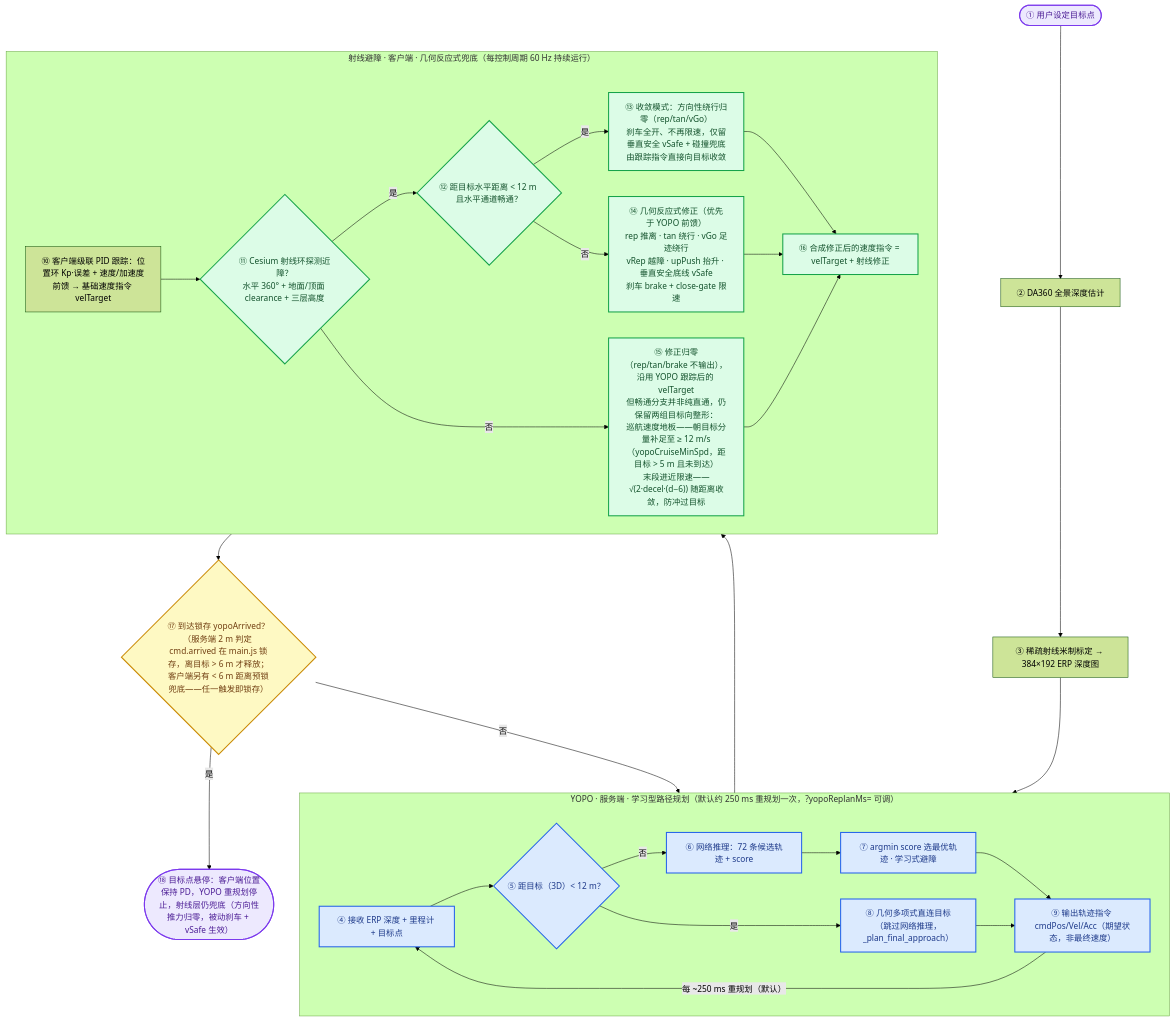
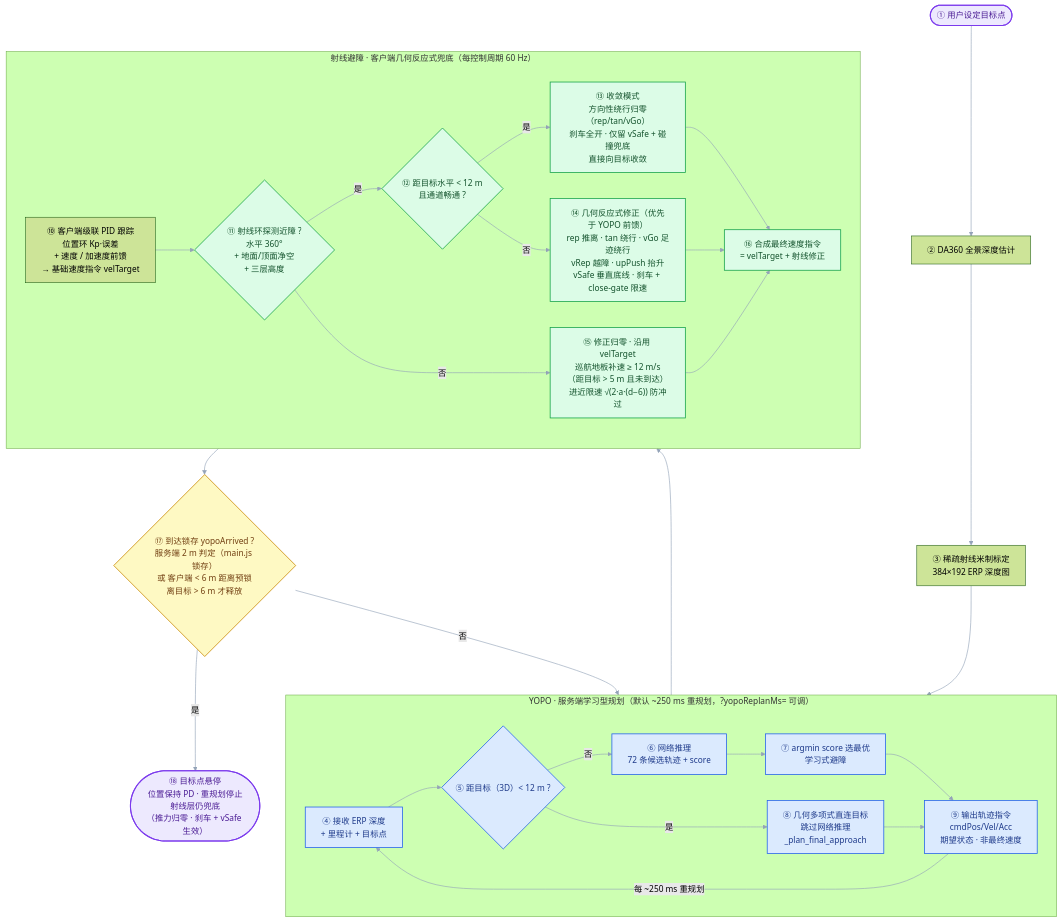
Before and after one commit to wuuwuu26/MindCloud_World_Fly_Private: the diagram in README.md, drawn with Mermaid (forest theme). The commit also changed 1 other file, not shown here.

Commit message:
docs: 流程图美化——长文本分行防溢出，精简标签，柔化连线

````diff
--- a/README.md
+++ b/README.md
@@ -69,45 +69,45 @@
 ```mermaid
 flowchart TD
-    classDef yopo fill:#dbeafe,stroke:#2563eb,stroke-width:2px,color:#1e3a8a;
-    classDef ray fill:#dcfce7,stroke:#16a34a,stroke-width:2px,color:#14532d;
-    classDef dec fill:#fef9c3,stroke:#ca8a04,stroke-width:2px,color:#713f12;
+    classDef yopo fill:#dbeafe,stroke:#2563eb,stroke-width:1.5px,color:#1e3a8a;
+    classDef ray fill:#dcfce7,stroke:#16a34a,stroke-width:1.5px,color:#14532d;
+    classDef dec fill:#fef9c3,stroke:#ca8a04,stroke-width:1.5px,color:#713f12;
     classDef term fill:#ede9fe,stroke:#7c3aed,stroke-width:2px,color:#4c1d95;
+    linkStyle default stroke:#94a3b8,stroke-width:1.2px;
 
     Start([① 用户设定目标点]) --> Depth[② DA360 全景深度估计]
-    Depth --> Calib[③ 稀疏射线米制标定 → 384×192 ERP 深度图]
+    Depth --> Calib[③ 稀疏射线米制标定<br/>384×192 ERP 深度图]
     Calib --> YIN
 
-    subgraph YOPO["YOPO · 服务端 · 学习型路径规划（默认约 250 ms 重规划一次，?yopoReplanMs= 可调）"]
+    subgraph YOPO["YOPO · 服务端学习型规划（默认 ~250 ms 重规划，?yopoReplanMs= 可调）"]
         direction LR
-        YIN[④ 接收 ERP 深度 + 里程计 + 目标点]
-        YIN --> Dist{⑤ 距目标（3D）< 12 m？}
-        Dist -->|否| Cands[⑥ 网络推理：72 条候选轨迹 + score]
-        Cands --> Argmin[⑦ argmin score 选最优轨迹 · 学习式避障]
-        Dist -->|是| Poly[⑧ 几何多项式直连目标<br/>（跳过网络推理，_plan_final_approach）]
-        Argmin --> Cmd[⑨ 输出轨迹指令 cmdPos/Vel/Acc（期望状态，非最终速度）]
+        YIN[④ 接收 ERP 深度<br/>+ 里程计 + 目标点] --> Dist{"⑤ 距目标（3D）< 12 m ?"}
+        Dist -->|否| Cands[⑥ 网络推理<br/>72 条候选轨迹 + score]
+        Cands --> Argmin[⑦ argmin score 选最优<br/>学习式避障]
+        Dist -->|是| Poly["⑧ 几何多项式直连目标<br/>跳过网络推理<br/>_plan_final_approach"]
+        Argmin --> Cmd["⑨ 输出轨迹指令<br/>cmdPos/Vel/Acc<br/>期望状态 · 非最终速度"]
         Poly --> Cmd
-        Cmd -->|每 ~250 ms 重规划（默认）| YIN
+        Cmd -->|每 ~250 ms 重规划| YIN
     end
     class YIN,Dist,Cands,Argmin,Poly,Cmd yopo;
 
-    Cmd --> Track[⑩ 客户端级联 PID 跟踪：位置环 Kp·误差 + 速度/加速度前馈 → 基础速度指令 velTarget]
+    Cmd --> Track["⑩ 客户端级联 PID 跟踪<br/>位置环 Kp·误差<br/>+ 速度 / 加速度前馈<br/>→ 基础速度指令 velTarget"]
 
-    subgraph RAY["射线避障 · 客户端 · 几何反应式兜底（每控制周期 60 Hz 持续运行）"]
+    subgraph RAY["射线避障 · 客户端几何反应式兜底（每控制周期 60 Hz）"]
         direction LR
-        Track --> Probe{"⑪ Cesium 射线环探测近障？<br/>水平 360° + 地面/顶面 clearance + 三层高度"}
-        Probe -->|是| Near{⑫ 距目标水平距离 < 12 m 且水平通道畅通？}
-        Near -->|是| Converge["⑬ 收敛模式：方向性绕行归零（rep/tan/vGo）<br/>刹车全开、不再限速，仅留垂直安全 vSafe + 碰撞兜底<br/>由跟踪指令直接向目标收敛"]
-        Near -->|否| Field["⑭ 几何反应式修正（优先于 YOPO 前馈）<br/>rep 推离 · tan 绕行 · vGo 足迹绕行<br/>vRep 越障 · upPush 抬升 · 垂直安全底线 vSafe<br/>刹车 brake + close-gate 限速"]
-        Probe -->|否| Zero["⑮ 修正归零（rep/tan/brake 不输出），沿用 YOPO 跟踪后的 velTarget<br/>但畅通分支并非纯直通，仍保留两组目标向整形：<br/>巡航速度地板——朝目标分量补足至 ≥ 12 m/s（yopoCruiseMinSpd，距目标 > 5 m 且未到达）<br/>末段进近限速——√(2·decel·(d−6)) 随距离收敛，防冲过目标"]
-        Converge --> Synth[⑯ 合成修正后的速度指令 = velTarget + 射线修正]
+        Track --> Probe{"⑪ 射线环探测近障 ?<br/>水平 360°<br/>+ 地面/顶面净空<br/>+ 三层高度"}
+        Probe -->|是| Near{"⑫ 距目标水平 < 12 m<br/>且通道畅通 ?"}
+        Probe -->|否| Zero["⑮ 修正归零 · 沿用 velTarget<br/>巡航地板补速 ≥ 12 m/s<br/>（距目标 > 5 m 且未到达）<br/>进近限速 √(2·a·(d−6)) 防冲过"]
+        Near -->|是| Converge["⑬ 收敛模式<br/>方向性绕行归零（rep/tan/vGo）<br/>刹车全开 · 仅留 vSafe + 碰撞兜底<br/>直接向目标收敛"]
+        Near -->|否| Field["⑭ 几何反应式修正（优先于 YOPO 前馈）<br/>rep 推离 · tan 绕行 · vGo 足迹绕行<br/>vRep 越障 · upPush 抬升<br/>vSafe 垂直底线 · 刹车 + close-gate 限速"]
+        Converge --> Synth["⑯ 合成最终速度指令<br/>= velTarget + 射线修正"]
         Field --> Synth
         Zero --> Synth
     end
     class Probe,Near,Converge,Field,Zero,Synth ray;
 
-    Synth --> Arrive{"⑰ 到达锁存 yopoArrived？（服务端 2 m 判定 cmd.arrived 在 main.js 锁存，离目标 > 6 m 才释放；客户端另有 < 6 m 距离预锁兜底——任一触发即锁存）"}
+    Synth --> Arrive{"⑰ 到达锁存 yopoArrived ?<br/>服务端 2 m 判定（main.js 锁存）<br/>或 客户端 < 6 m 距离预锁<br/>离目标 > 6 m 才释放"}
     Arrive -->|否| YIN
-    Arrive -->|是| End([⑱ 目标点悬停：客户端位置保持 PD，YOPO 重规划停止，射线层仍兜底（方向性推力归零，被动刹车 + vSafe 生效）])
+    Arrive -->|是| End(["⑱ 目标点悬停<br/>位置保持 PD · 重规划停止<br/>射线层仍兜底<br/>（推力归零 · 刹车 + vSafe 生效）"])
     class Arrive dec;
     class Start,End term;
 ```
````
